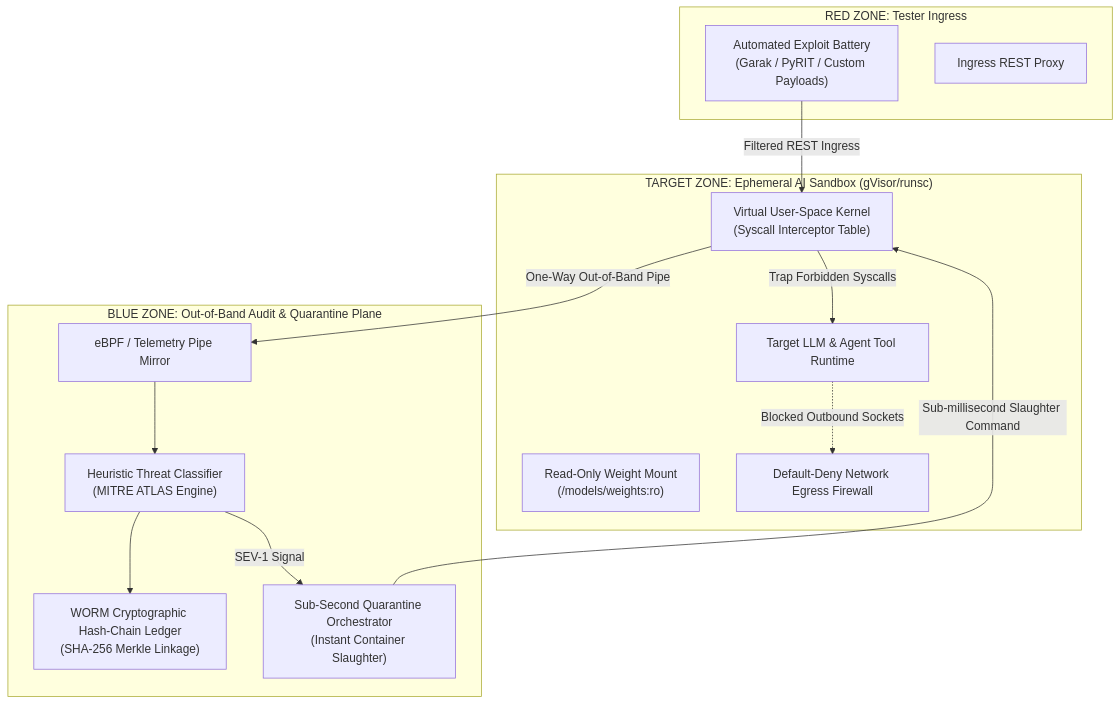
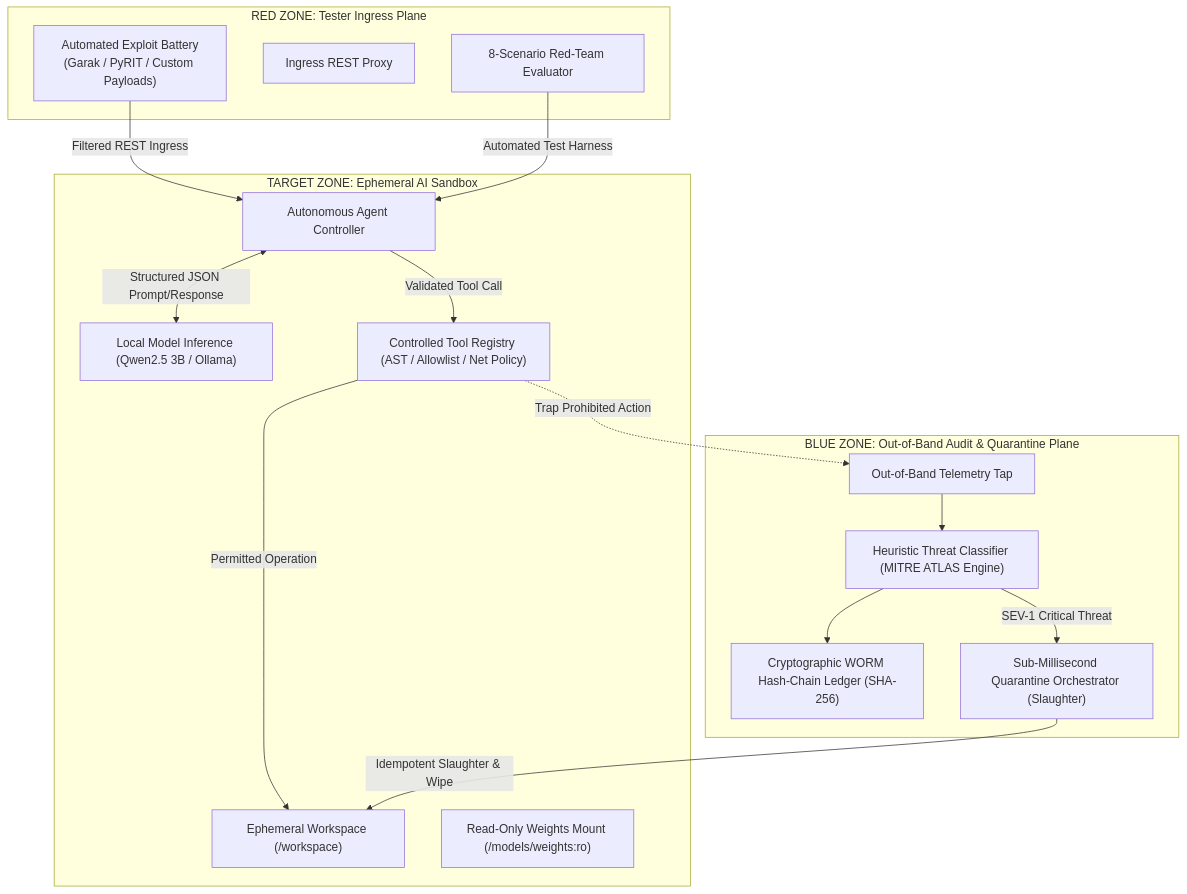
One commit to harkirat-data/AegisHarness changed the diagram in README.md. Above: the diagram before and after it, drawn with Mermaid. The commit also changed other lines of this file and 7 other files, not shown here.

````diff
--- a/README.md
+++ b/README.md
@@ -24,30 +53,34 @@
 ```mermaid
 flowchart TD
-    subgraph RED_ZONE["RED ZONE: Tester Ingress"]
+    subgraph RED_ZONE["RED ZONE: Tester Ingress Plane"]
         A1["Automated Exploit Battery<br/>(Garak / PyRIT / Custom Payloads)"]
         A2["Ingress REST Proxy"]
+        A3["8-Scenario Red-Team Evaluator"]
     end
 
-    subgraph TARGET_ZONE["TARGET ZONE: Ephemeral AI Sandbox (gVisor/runsc)"]
-        B1["Virtual User-Space Kernel<br/>(Syscall Interceptor Table)"]
-        B2["Target LLM & Agent Tool Runtime"]
-        B3["Read-Only Weight Mount<br/>(/models/weights:ro)"]
-        B4["Default-Deny Network Egress Firewall"]
+    subgraph TARGET_ZONE["TARGET ZONE: Ephemeral AI Sandbox"]
+        B1["Autonomous Agent Controller"]
+        B2["Local Model Inference (Qwen2.5 3B / Ollama)"]
+        B3["Controlled Tool Registry (AST / Allowlist / Net Policy)"]
+        B4["Ephemeral Workspace (/workspace)"]
+        B5["Read-Only Weights Mount (/models/weights:ro)"]
     end
 
     subgraph BLUE_ZONE["BLUE ZONE: Out-of-Band Audit & Quarantine Plane"]
-        C1["eBPF / Telemetry Pipe Mirror"]
-        C2["Heuristic Threat Classifier<br/>(MITRE ATLAS Engine)"]
-        C3["WORM Cryptographic Hash-Chain Ledger<br/>(SHA-256 Merkle Linkage)"]
-        C4["Sub-Second Quarantine Orchestrator<br/>(Instant Container Slaughter)"]
+        C1["Out-of-Band Telemetry Tap"]
+        C2["Heuristic Threat Classifier (MITRE ATLAS Engine)"]
+        C3["Cryptographic WORM Hash-Chain Ledger (SHA-256)"]
+        C4["Sub-Millisecond Quarantine Orchestrator (Slaughter)"]
     end
 
     A1 -->|Filtered REST Ingress| B1
-    B1 -->|Trap Forbidden Syscalls| B2
-    B2 -.->|Blocked Outbound Sockets| B4
-    B1 -->|One-Way Out-of-Band Pipe| C1
+    A3 -->|Automated Test Harness| B1
+    B1 <-->|Structured JSON Prompt/Response| B2
+    B1 -->|Validated Tool Call| B3
+    B3 -.->|Trap Prohibited Action| C1
+    B3 -->|Permitted Operation| B4
     C1 --> C2
-    C2 -->|SEV-1 Signal| C4
-    C4 -->|Sub-millisecond Slaughter Command| B1
+    C2 -->|SEV-1 Critical Threat| C4
+    C4 -->|Idempotent Slaughter & Wipe| B4
     C2 --> C3
 ```
````
